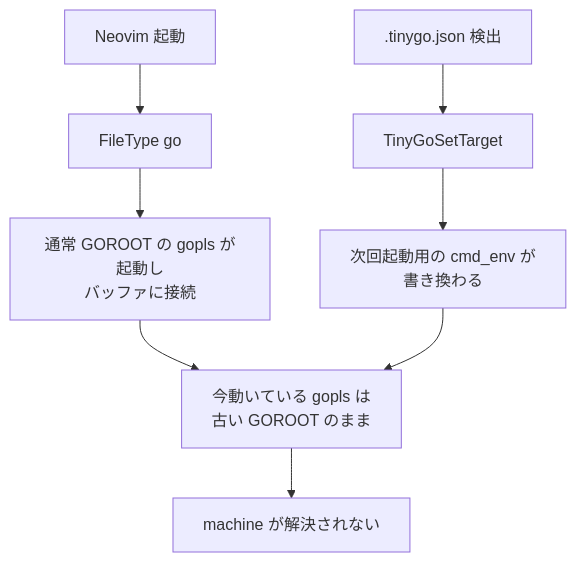
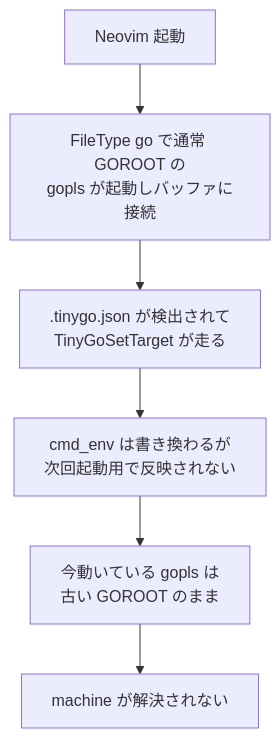
Before and after one commit to rin2yh/blog: the diagram in content/post/tinygo-vim-migration-zqvk3n8dxr4jm7/index.md, drawn with Mermaid.

Commit message:
Fix mermaid flow to linear timeline
Claude-Session: https://claude.ai/code/session_01MpL4ZtCkUDDxdAGqEHUMUP

````diff
--- a/content/post/tinygo-vim-migration-zqvk3n8dxr4jm7/index.md
+++ b/content/post/tinygo-vim-migration-zqvk3n8dxr4jm7/index.md
@@ -85,10 +85,8 @@
 ```mermaid
 flowchart TD
-    A[Neovim 起動] --> B[FileType go]
-    B --> C[通常 GOROOT の gopls が起動し<br/>バッファに接続]
-    D[.tinygo.json 検出] --> E[TinyGoSetTarget]
-    E --> F[次回起動用の cmd_env が<br/>書き換わる]
-    C --> G[今動いている gopls は<br/>古い GOROOT のまま]
-    F --> G
-    G --> H[machine が解決されない]
+    A[Neovim 起動] --> B[FileType go で通常 GOROOT の<br/>gopls が起動しバッファに接続]
+    B --> C[.tinygo.json が検出されて<br/>TinyGoSetTarget が走る]
+    C --> D[cmd_env は書き換わるが<br/>次回起動用で反映されない]
+    D --> E[今動いている gopls は<br/>古い GOROOT のまま]
+    E --> F[machine が解決されない]
 ```
````
